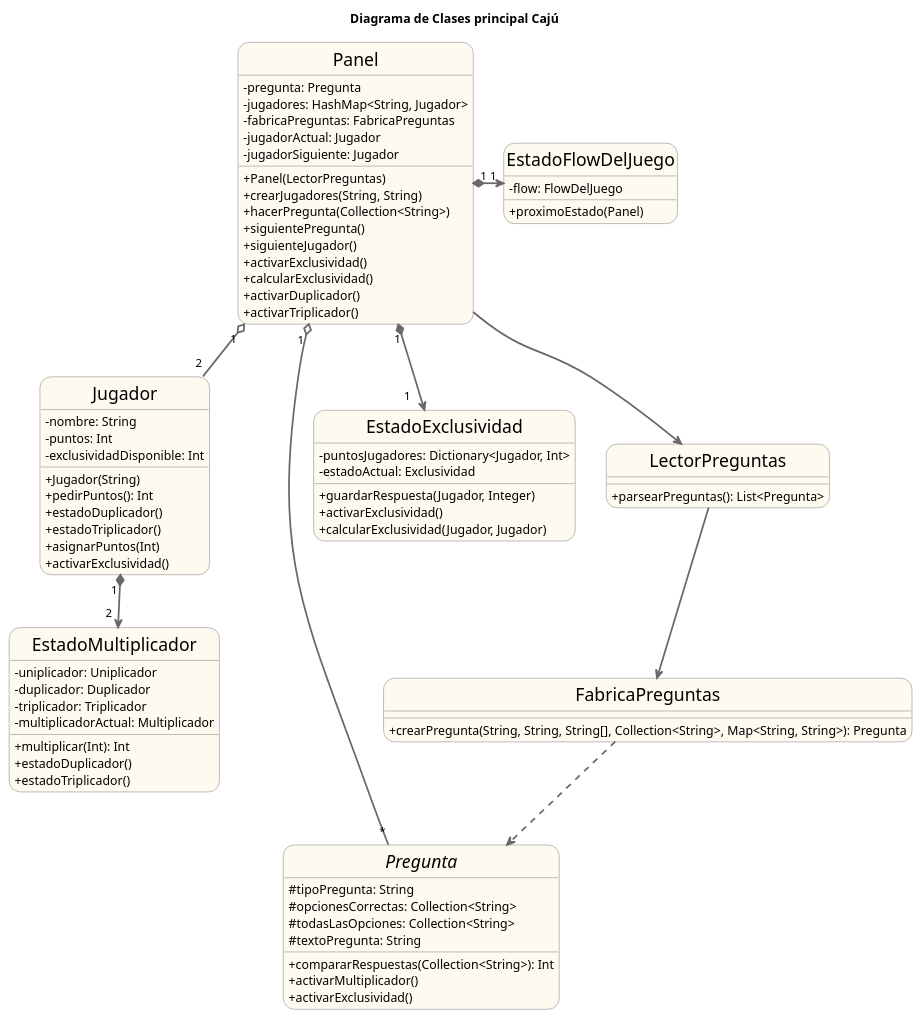
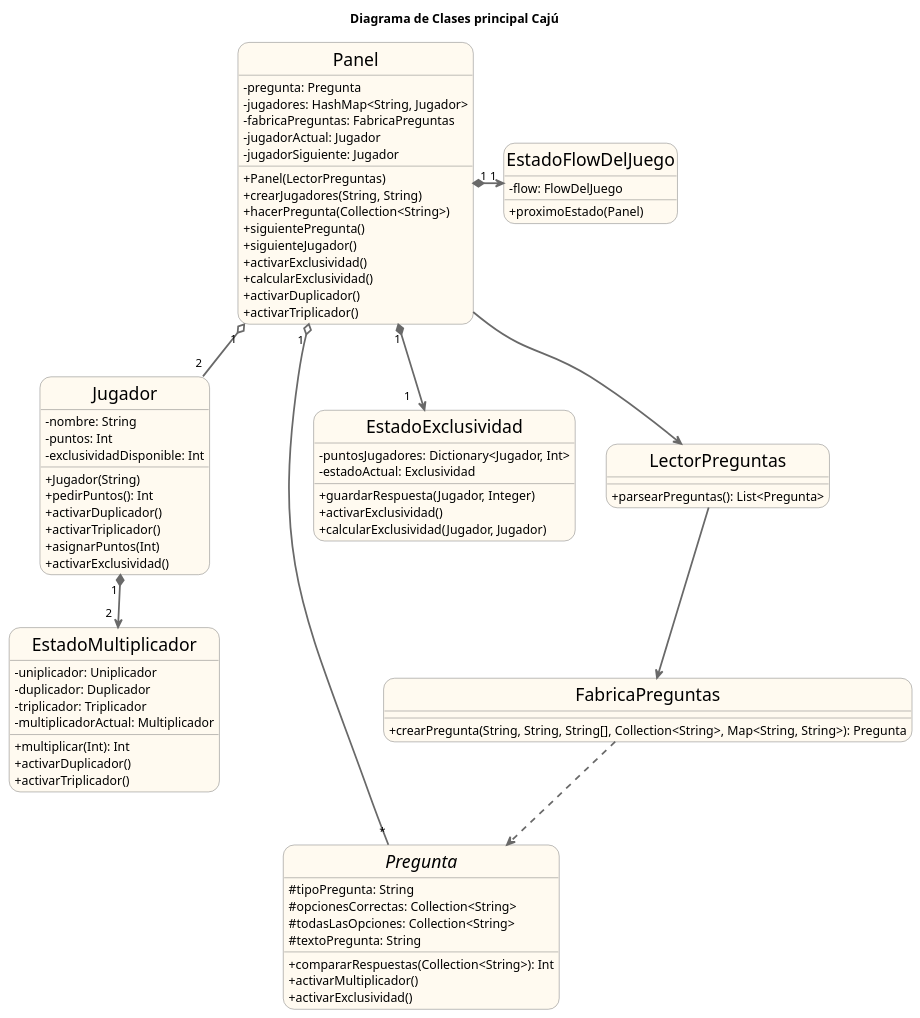
One commit to fvazquezf/TP_2_Algo_3 changed the diagram in UML/Diagrama de clases/diagramaDeClasesPrincipal.puml. Above: the diagram before and after it, drawn with PlantUML. The commit also changed 16 other files, not shown here.

```diff
--- a/UML/Diagrama de clases/diagramaDeClasesPrincipal.puml
+++ b/UML/Diagrama de clases/diagramaDeClasesPrincipal.puml
@@ -1,98 +1,98 @@
 @startuml TP2
 
 title Diagrama de Clases principal Cajú
 
 hide circle
 skinparam classAttributeIconSize 0
 skinparam roundcorner 25
 skinparam sequenceArrowThickness 2
 skinparam classFontSize 20
 
 skinparam class {
 BackgroundColor FloralWhite
 ArrowColor DimGray
 BorderColor DimGray
 }
 
 class Panel{
        - pregunta: Pregunta
        - jugadores: HashMap<String, Jugador>
        - fabricaPreguntas: FabricaPreguntas
        - jugadorActual: Jugador
        - jugadorSiguiente: Jugador
        + Panel(LectorPreguntas)
        + crearJugadores(String, String)
        + hacerPregunta(Collection<String>)
        + siguientePregunta()
        + siguienteJugador()
        + activarExclusividad()
        + calcularExclusividad()
        + activarDuplicador()
        + activarTriplicador()
 }
 
 class Jugador{
         - nombre: String
         - puntos: Int
         - exclusividadDisponible: Int
         + Jugador(String)
         + pedirPuntos(): Int
-        + estadoDuplicador()
-        + estadoTriplicador()
+        + activarDuplicador()
+        + activarTriplicador()
         + asignarPuntos(Int)
         + activarExclusividad()
 }
 
 abstract class Pregunta{
         # tipoPregunta: String
         # opcionesCorrectas: Collection<String>
         # todasLasOpciones: Collection<String>
         # textoPregunta: String
         + compararRespuestas(Collection<String>): Int
         + activarMultiplicador()
         + activarExclusividad()
 }
 
 class FabricaPreguntas{
        + crearPregunta(String, String, String[], Collection<String>, Map<String, String>): Pregunta
 }
 
 class EstadoMultiplicador{
         - uniplicador: Uniplicador
         - duplicador: Duplicador
         - triplicador: Triplicador
         - multiplicadorActual: Multiplicador
         + multiplicar(Int): Int
-        + estadoDuplicador()
-        + estadoTriplicador()
+        + activarDuplicador()
+        + activarTriplicador()
 }
 
 class EstadoExclusividad{
         - puntosJugadores: Dictionary<Jugador, Int>
         - estadoActual: Exclusividad
         + guardarRespuesta(Jugador, Integer)
         + activarExclusividad()
         + calcularExclusividad(Jugador, Jugador)
 }
 
 
 class EstadoFlowDelJuego{
         - flow: FlowDelJuego
         + proximoEstado(Panel)
 }
 
 class LectorPreguntas{
         + parsearPreguntas(): List<Pregunta>
 }
 
 
 Panel --> LectorPreguntas
 Panel "1 " o-- "2  " Jugador
 Panel "1 " o--- "*" Pregunta
 LectorPreguntas --> FabricaPreguntas
 FabricaPreguntas ..> Pregunta
 Jugador "1 " *--> "2  " EstadoMultiplicador
 Panel " 1" *--> "1    " EstadoExclusividad
 Panel "1 " *--right-> "1" EstadoFlowDelJuego
 
 @enduml
```
